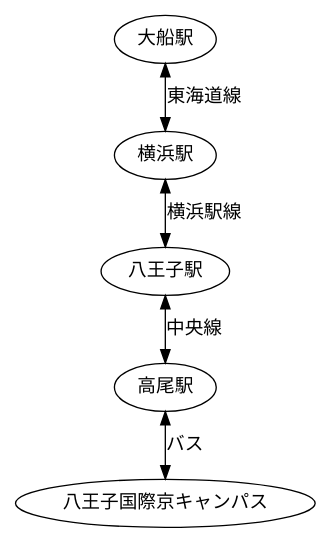
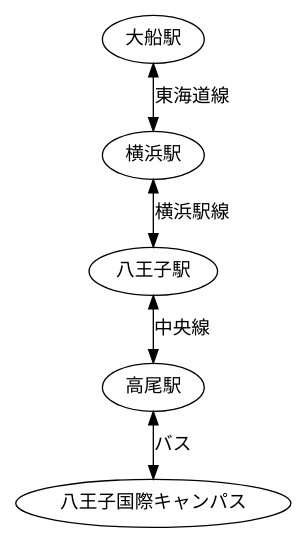
The diagram in route02.md (DCS-1-301-02-2025/cl-groupA-a02), drawn with Graphviz before and after one commit.

Commit message:
WAI YANの通路

````diff
--- a/route02.md
+++ b/route02.md
@@ -5,11 +5,11 @@
 ```graphviz
 digraph {
     edge [dir=both]
 
     // 
     大船駅 -> 横浜駅 [label=東海道線]
     横浜駅->八王子駅 [label=横浜駅線]
     八王子駅 -> 高尾駅 [label=中央線]
-    高尾駅 -> 八王子国際京キャンパス [label=バス]
+    高尾駅 -> 八王子国際キャンパス [label=バス]
 }
 ```
````
